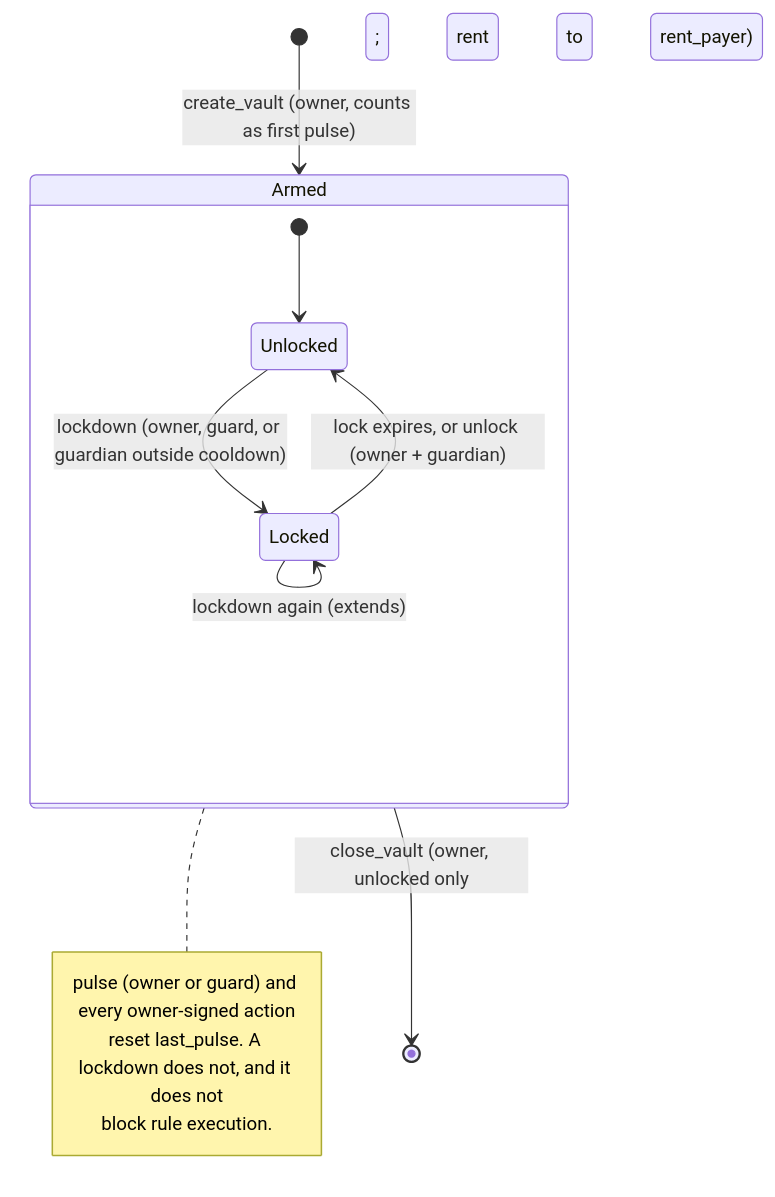
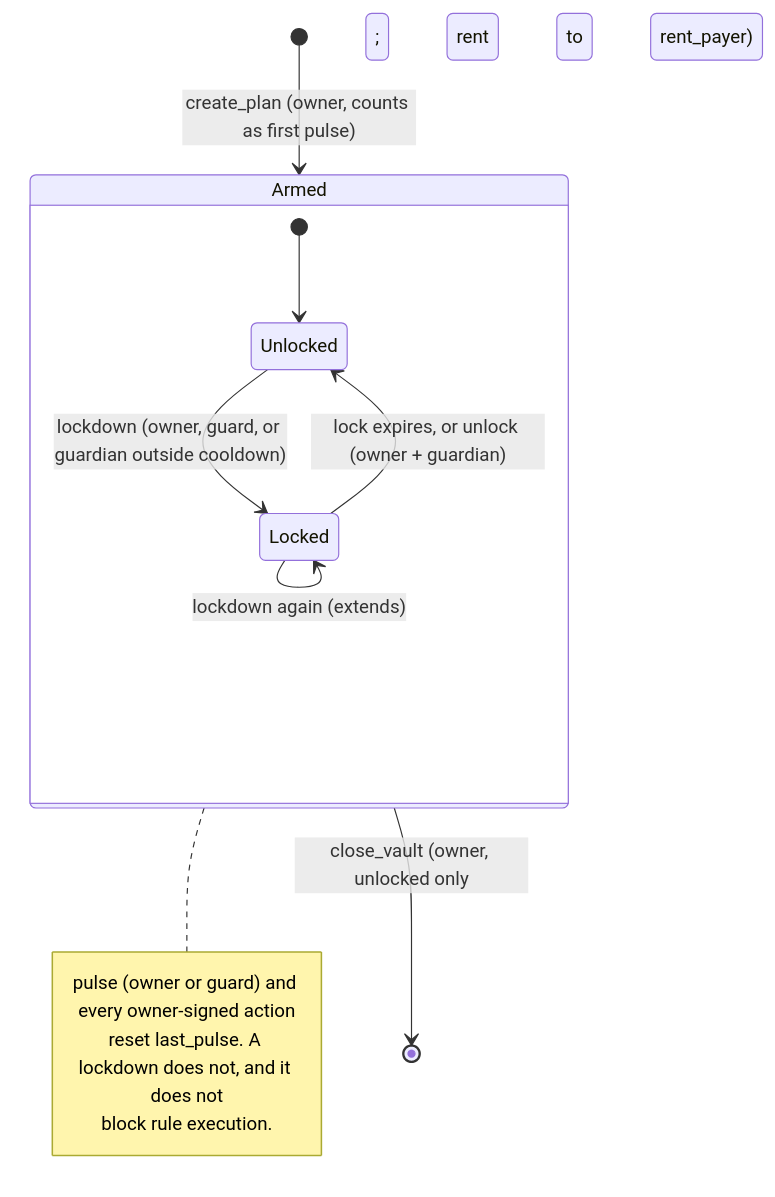
The first of 2 diagrams in README.md (GabrielNeugebauer/deadman), drawn with Mermaid before and after one commit. The commit also changed other lines of this file and 436 other files, not shown here.

````diff
--- a/README.md
+++ b/README.md
@@ -39,16 +39,16 @@
 ```mermaid
 stateDiagram-v2
-    [*] --> Armed: create_vault (owner, counts as first pulse)
+    [*] --> Armed: create_plan (owner, counts as first pulse)
     state Armed {
         [*] --> Unlocked
         Unlocked --> Locked: lockdown (owner, guard, or guardian outside cooldown)
         Locked --> Locked: lockdown again (extends)
         Locked --> Unlocked: lock expires, or unlock (owner + guardian)
     }
     note right of Armed
         pulse (owner or guard) and every owner-signed action
         reset last_pulse. A lockdown does not, and it does not
         block rule execution.
     end note
     Armed --> [*]: close_vault (owner, unlocked only; rent to rent_payer)
 ```
````
